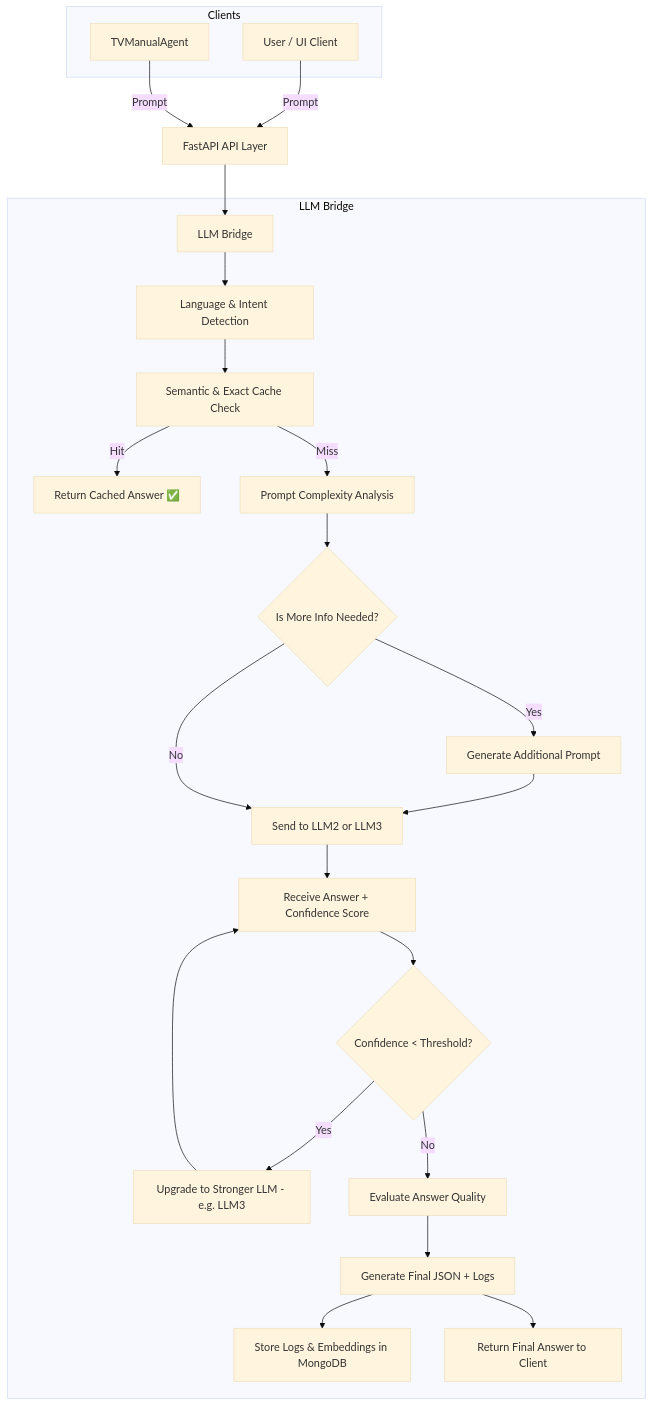
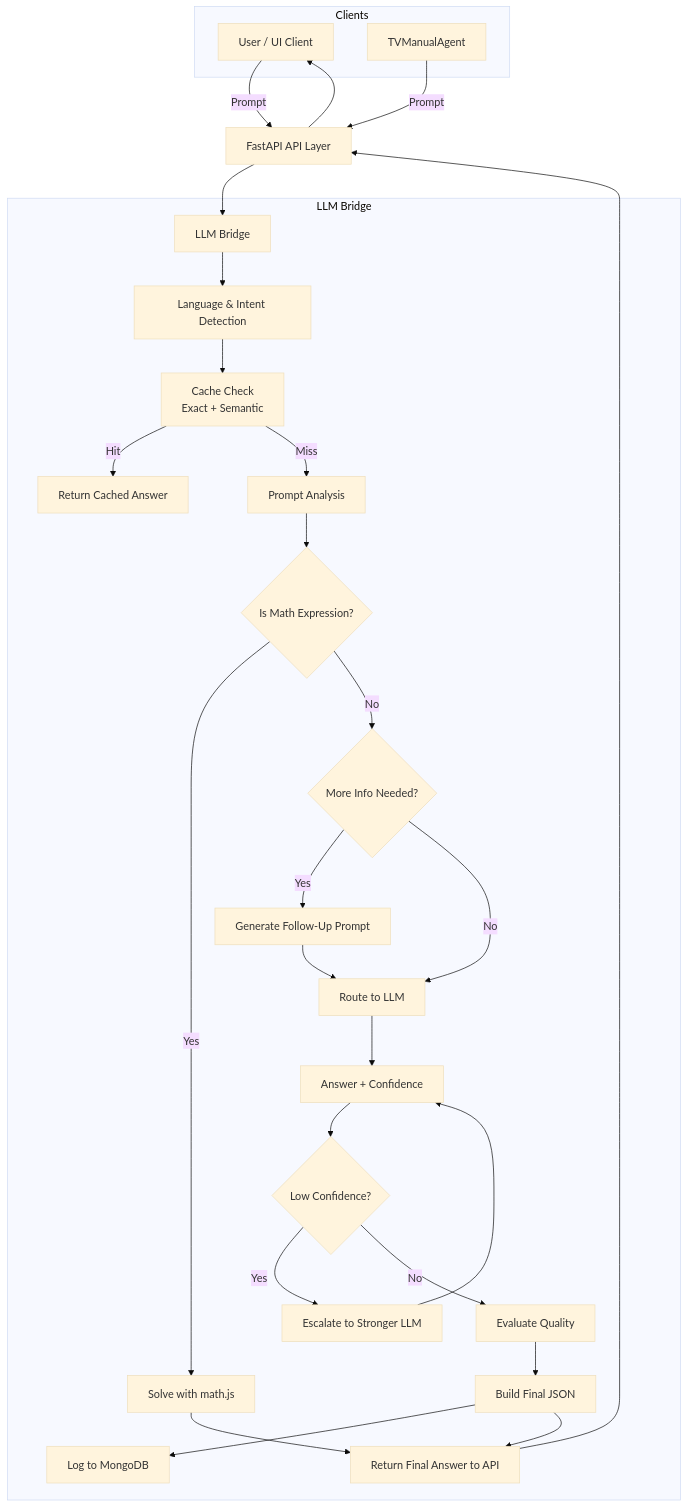
Before and after one commit to yana-g/bridge-ai: the diagram in README.md, drawn with Mermaid (base theme).

Commit message:
Update BRIDGE README

````diff
--- a/README.md
+++ b/README.md
@@ -74,42 +74,46 @@
 ```mermaid
 flowchart TD
 
 %% === Clients ===
 subgraph Clients
     U[User / UI Client]
     T[TVManualAgent]
 end
 
-U -->|Prompt| A
+U -->|Prompt| A[FastAPI API Layer]
 T -->|Prompt| A
 
-%% === API Layer ===
-A[FastAPI API Layer] --> B[LLM Bridge]
+%% === Bridge Layer ===
+A --> B[LLM Bridge]
 
-%% === Bridge Flow ===
 subgraph LLM Bridge
+    B --> C[Language & Intent Detection]
+    C --> D[Cache Check<br>Exact + Semantic]
 
-    B --> C[Language & Intent Detection]
-    C --> D[Semantic & Exact Cache Check]
+    D -->|Hit| R[Return Cached Answer]
+    D -->|Miss| E[Prompt Analysis]
 
-    D -->|Hit| R[Return Cached Answer ✅]
-    D -->|Miss| E[Prompt Complexity Analysis]
+    E --> M{Is Math Expression?}
+    M -->|Yes| MX[Solve with math.js]
+    MX --> O[Return Final Answer to API]
+    
+    M -->|No| F{More Info Needed?}
+    F -->|Yes| G[Generate Follow-Up Prompt]
+    G --> H[Route to LLM2 or LLM3]
+    F -->|No| H[Route to LLM]
 
-    E --> F{Is More Info Needed?}
-    F -->|Yes| G[Generate Additional Prompt]
-    G --> H[Send to LLM2 or LLM3]
-    F -->|No| H
+    H --> I[Answer + Confidence]
+    I --> J{Low Confidence?}
 
-    H --> I[Receive Answer + Confidence Score]
-    I --> J{Confidence < Threshold?}
-    
-    J -->|Yes| K[Upgrade to Stronger LLM - e.g. LLM3]
+    J -->|Yes| K[Escalate to Stronger LLM]
     K --> I
 
-    J -->|No| L[Evaluate Answer Quality]
-    L --> M[Generate Final JSON + Logs]
-    M --> N[Store Logs & Embeddings in MongoDB]
-    M --> O[Return Final Answer to Client]
+    J -->|No| L[Evaluate Quality]
+    L --> N[Build Final JSON]
+    N --> P[Log to MongoDB]
+    N --> O
+end
 
-end
+O --> A
+A --> U
 ```
````
